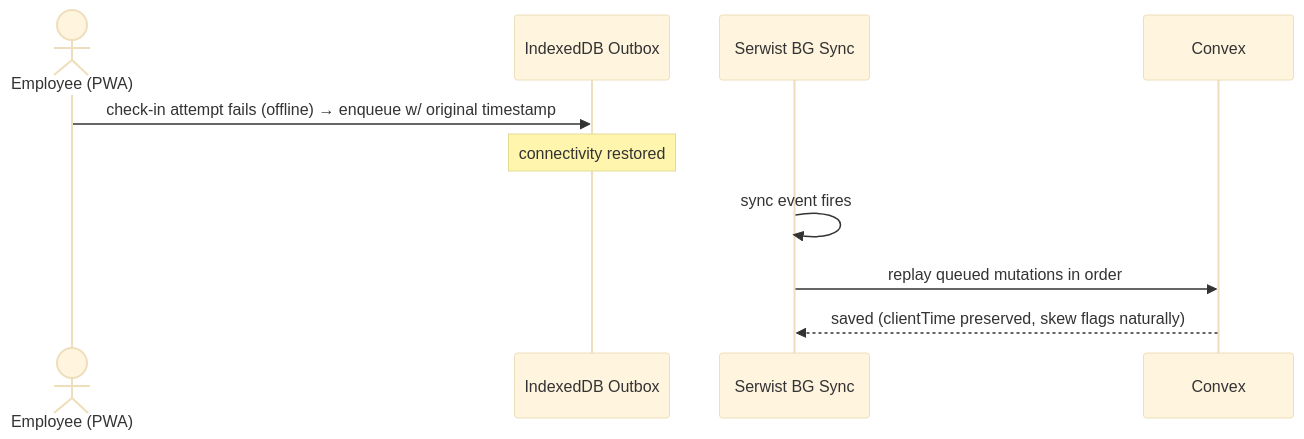
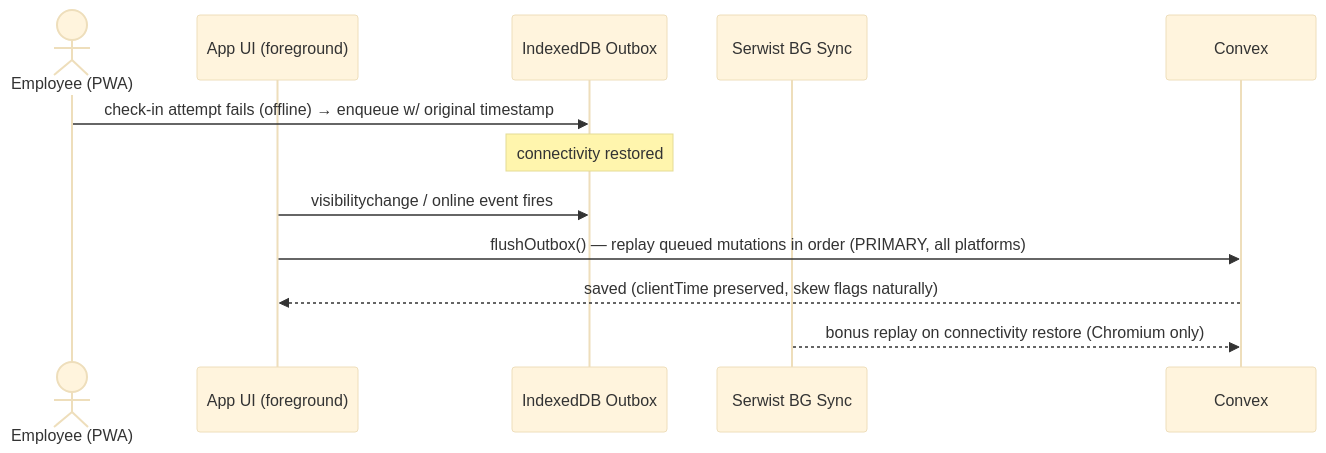
Before and after one commit to TeacherEvan/J-pay: the fourth of 5 diagrams in j-pay.md, drawn with Mermaid (base theme). The commit also changed other lines of this file and 1 other file, not shown here.

Commit message:
docs(j-pay): resolve B4 — foreground-primary offline replay, platform table

````diff
--- a/j-pay.md
+++ b/j-pay.md
@@ -398,12 +399,14 @@
 ```mermaid
 sequenceDiagram
     actor E as Employee (PWA)
+    participant UI as App UI (foreground)
     participant OB as IndexedDB Outbox
     participant SW as Serwist BG Sync
     participant CX as Convex
     E->>OB: check-in attempt fails (offline) → enqueue w/ original timestamp
     Note over OB: connectivity restored
-    SW->>SW: sync event fires
-    SW->>CX: replay queued mutations in order
-    CX-->>SW: saved (clientTime preserved, skew flags naturally)
+    UI->>OB: visibilitychange / online event fires
+    UI->>CX: flushOutbox() — replay queued mutations in order (PRIMARY, all platforms)
+    CX-->>UI: saved (clientTime preserved, skew flags naturally)
+    SW-->>CX: bonus replay on connectivity restore (Chromium only)
 ```
````
